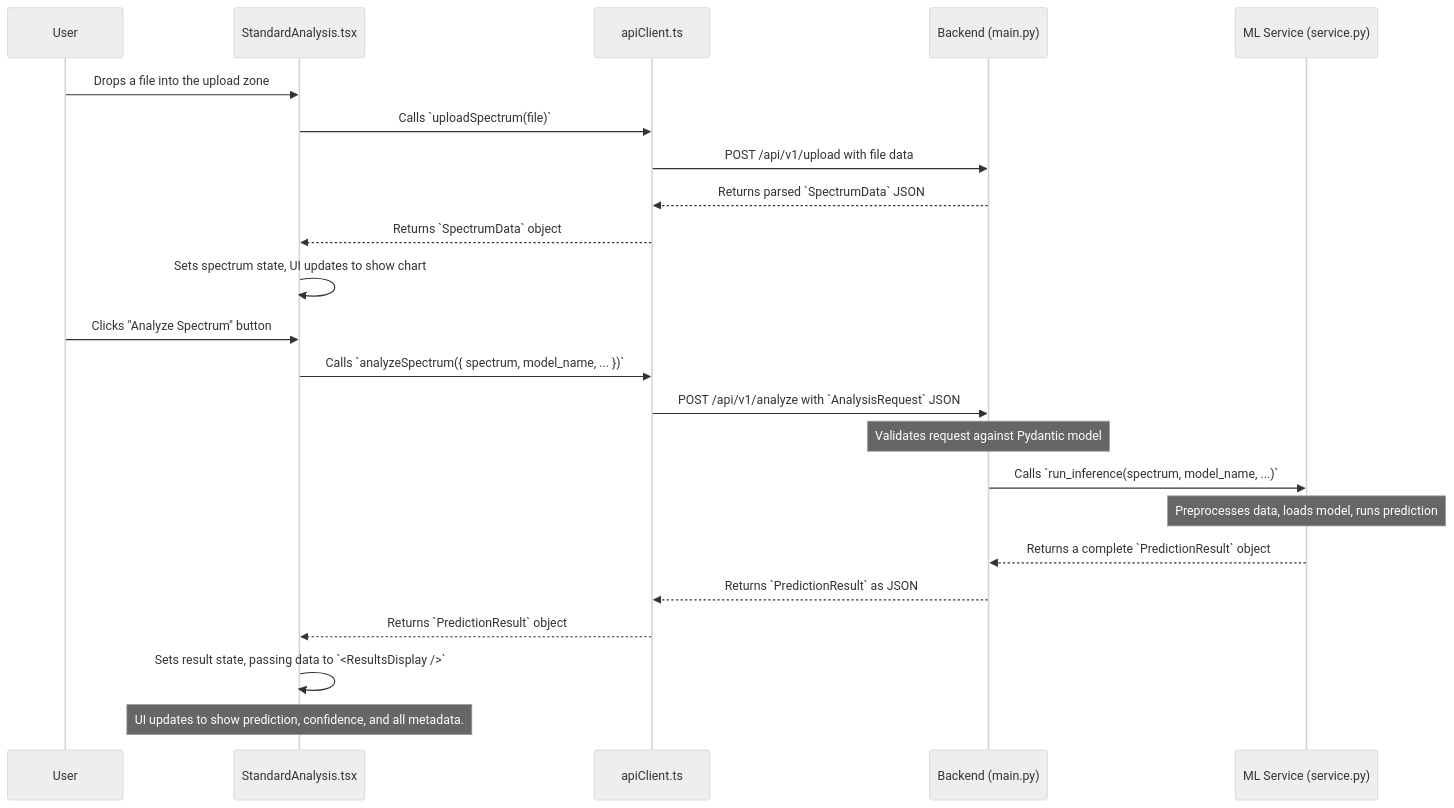
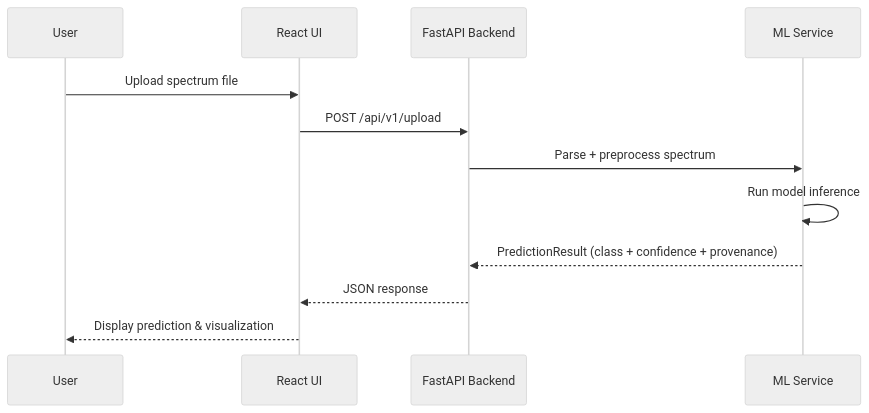
The diagram in README.md (KLab-AI3/ml-polymer-recycling), drawn with Mermaid (neutral theme) before and after one commit. The commit also changed other lines of this file and 5 other files, not shown here.

````diff
--- a/README.md
+++ b/README.md
@@ -424,25 +77,14 @@
-``` mermaid
+```mermaid
 sequenceDiagram
     participant User
-    participant StandardAnalysis as StandardAnalysis.tsx
-    participant apiClient as apiClient.ts
-    participant FastAPI as Backend (main.py)
-    participant MLService as ML Service (service.py)
-    User->>StandardAnalysis: Drops a file into the upload zone
-    StandardAnalysis->>apiClient: Calls `uploadSpectrum(file)`
-    apiClient->>FastAPI: POST /api/v1/upload with file data
-    FastAPI-->>apiClient: Returns parsed `SpectrumData` JSON
-    apiClient-->>StandardAnalysis: Returns `SpectrumData` object
-    StandardAnalysis->>StandardAnalysis: Sets spectrum state, UI updates to show chart
-    User->>StandardAnalysis: Clicks "Analyze Spectrum" button
-    StandardAnalysis->>apiClient: Calls `analyzeSpectrum({ spectrum, model_name, ... })`
-    apiClient->>FastAPI: POST /api/v1/analyze with `AnalysisRequest` JSON
-    Note over FastAPI: Validates request against Pydantic model
-    FastAPI->>MLService: Calls `run_inference(spectrum, model_name, ...)`
-    Note over MLService: Preprocesses data, loads model, runs prediction
-    MLService-->>FastAPI: Returns a complete `PredictionResult` object
-    FastAPI-->>apiClient: Returns `PredictionResult` as JSON
-    apiClient-->>StandardAnalysis: Returns `PredictionResult` object
-    StandardAnalysis->>StandardAnalysis: Sets result state, passing data to `<ResultsDisplay />`
-    Note over StandardAnalysis: UI updates to show prediction, confidence, and all metadata.
+    participant UI as React UI
+    participant API as FastAPI Backend
+    participant ML as ML Service
+    User->>UI: Upload spectrum file
+    UI->>API: POST /api/v1/upload
+    API->>ML: Parse + preprocess spectrum
+    ML->>ML: Run model inference
+    ML-->>API: PredictionResult (class + confidence + provenance)
+    API-->>UI: JSON response
+    UI-->>User: Display prediction & visualization
 ```
````
